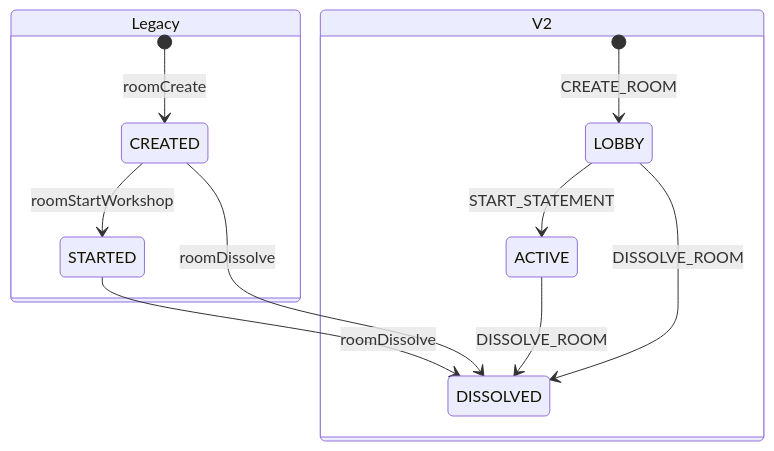
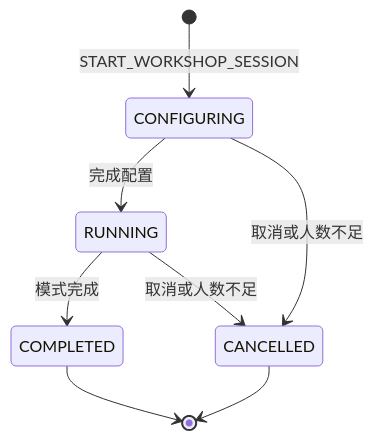
One commit to Bubble-419/cardboard-miniprogram changed the fourth of 11 diagrams in docs/ROOM_MODEL_STATE.md. Above: the diagram before and after it, drawn with Mermaid. The commit also changed other lines of this file and 26 other files, not shown here.

Commit message:
docs: consolidate active room protocol v3 documentation

````diff
--- a/docs/ROOM_MODEL_STATE.md
+++ b/docs/ROOM_MODEL_STATE.md
@@ -132,16 +149,10 @@
 ```mermaid
 stateDiagram-v2
-  state Legacy {
-    [*] --> CREATED: roomCreate
-    CREATED --> STARTED: roomStartWorkshop
-    STARTED --> DISSOLVED: roomDissolve
-    CREATED --> DISSOLVED: roomDissolve
-  }
-
-  state V2 {
-    [*] --> LOBBY: CREATE_ROOM
-    LOBBY --> ACTIVE: START_STATEMENT
-    ACTIVE --> DISSOLVED: DISSOLVE_ROOM
-    LOBBY --> DISSOLVED: DISSOLVE_ROOM
-  }
+  [*] --> CONFIGURING: START_WORKSHOP_SESSION
+  CONFIGURING --> RUNNING: 完成配置
+  CONFIGURING --> CANCELLED: 取消或人数不足
+  RUNNING --> COMPLETED: 模式完成
+  RUNNING --> CANCELLED: 取消或人数不足
+  COMPLETED --> [*]
+  CANCELLED --> [*]
 ```
````
